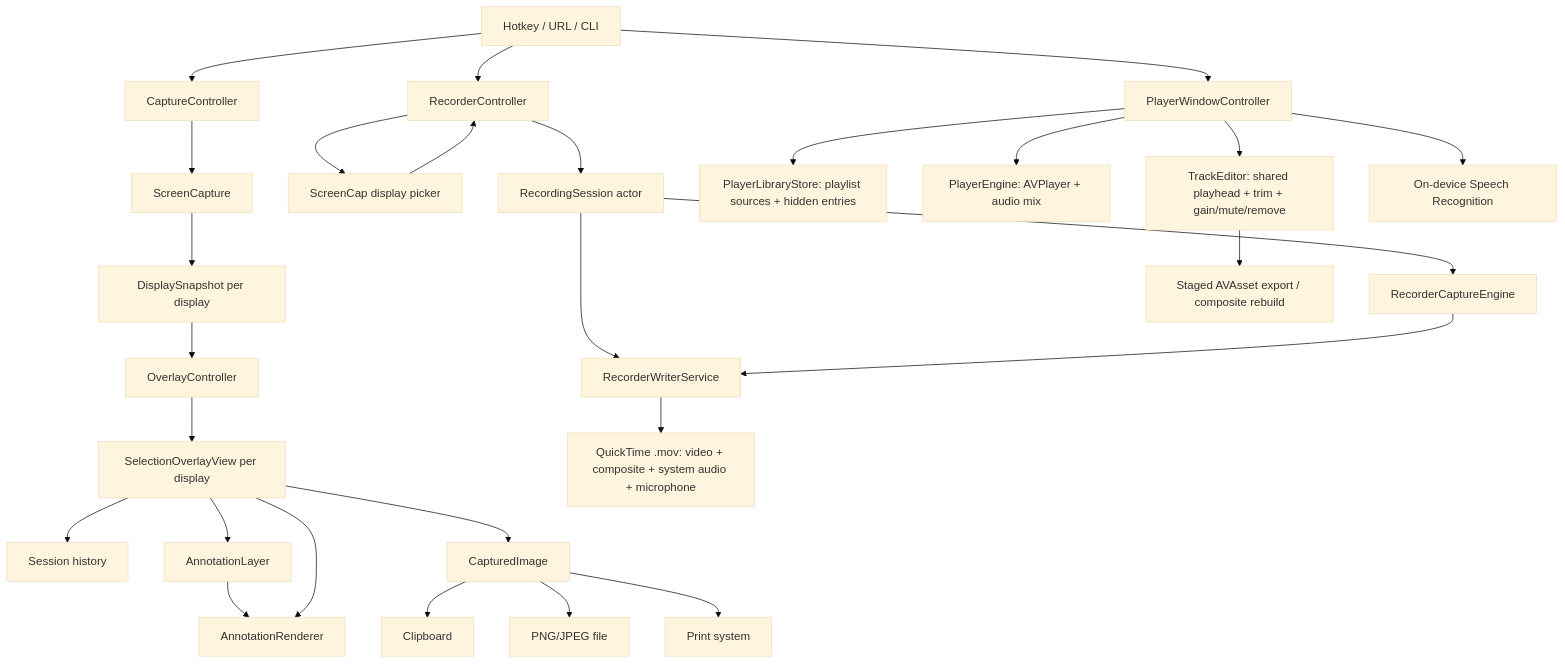
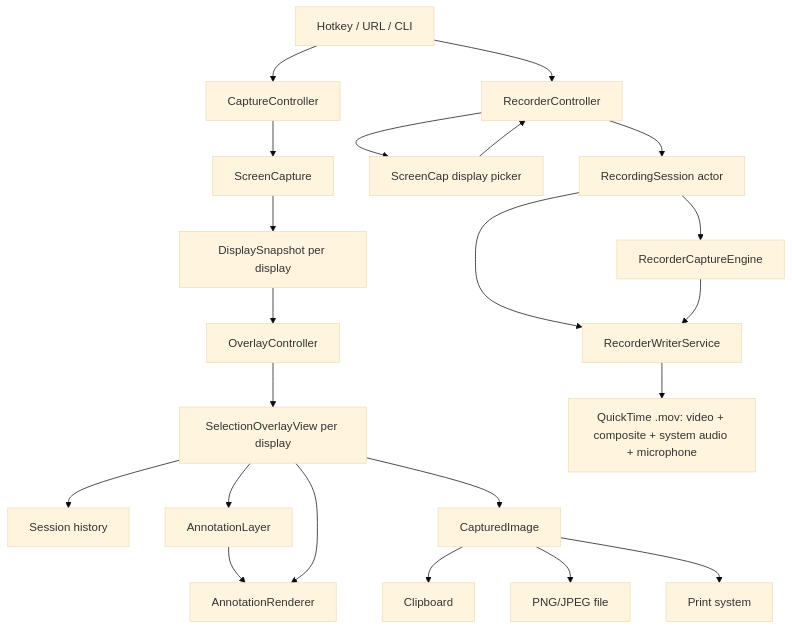
The first of 2 diagrams in ARCHITECTURE.md (vertusdesign/ScreenCap), drawn with Mermaid (base theme) before and after one commit. The commit also changed other lines of this file and 39 other files, not shown here.

````diff
--- a/ARCHITECTURE.md
+++ b/ARCHITECTURE.md
@@ -110,30 +98,24 @@
 ```mermaid
 flowchart TD
     Entry[Hotkey / URL / CLI] --> Controller[CaptureController]
     Controller --> Capture[ScreenCapture]
     Capture --> Snapshots[DisplaySnapshot per display]
     Snapshots --> Overlay[OverlayController]
     Overlay --> View[SelectionOverlayView per display]
     View --> History[Session history]
     View --> Layer[AnnotationLayer]
     Layer --> Renderer[AnnotationRenderer]
     View --> Renderer
     View --> Output[CapturedImage]
     Output --> Clipboard[Clipboard]
     Output --> Disk[PNG/JPEG file]
     Output --> Print[Print system]
     Entry --> Recorder[RecorderController]
     Recorder --> Picker[ScreenCap display picker]
     Picker --> Recorder
     Recorder --> Session[RecordingSession actor]
     Session --> Stream[RecorderCaptureEngine]
     Session --> Writer[RecorderWriterService]
     Stream --> Writer
     Writer --> Movie[QuickTime .mov: video + composite + system audio + microphone]
-    Entry --> Player[PlayerWindowController]
-    Player --> Library[PlayerLibraryStore: playlist sources + hidden entries]
-    Player --> Engine[PlayerEngine: AVPlayer + audio mix]
-    Player --> Editor[TrackEditor: shared playhead + trim + gain/mute/remove]
-    Editor --> Export[Staged AVAsset export / composite rebuild]
-    Player --> Speech[On-device Speech Recognition]
 ```
````
